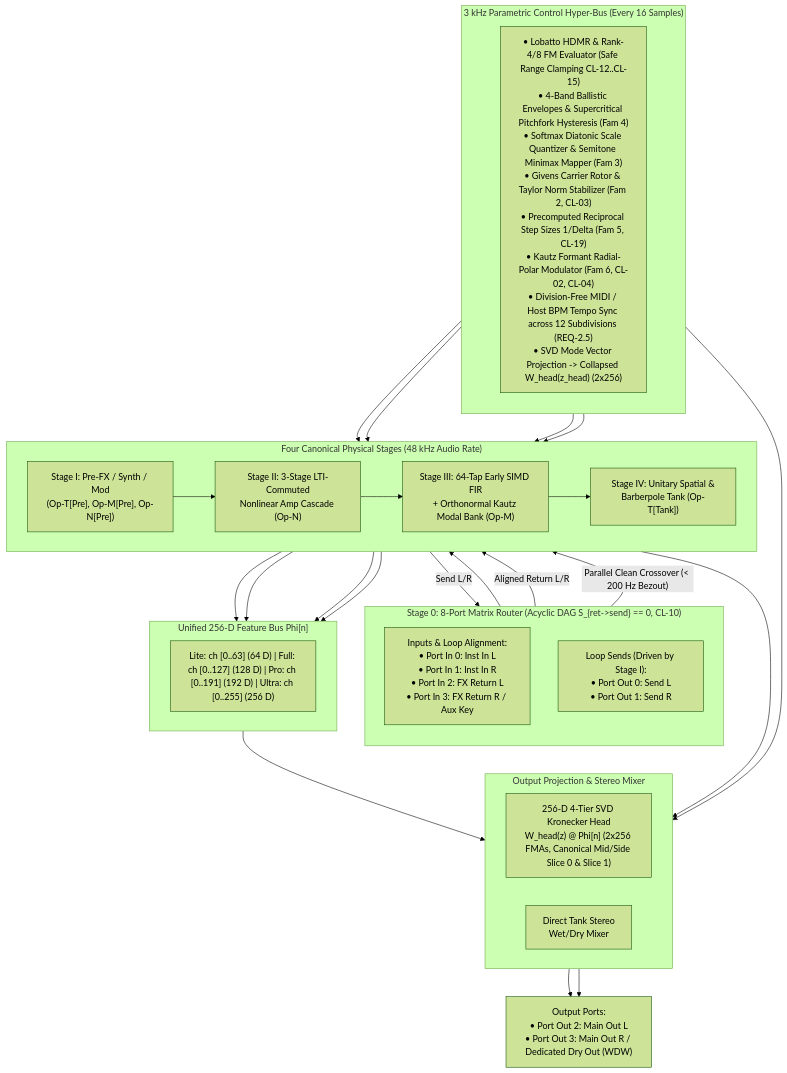
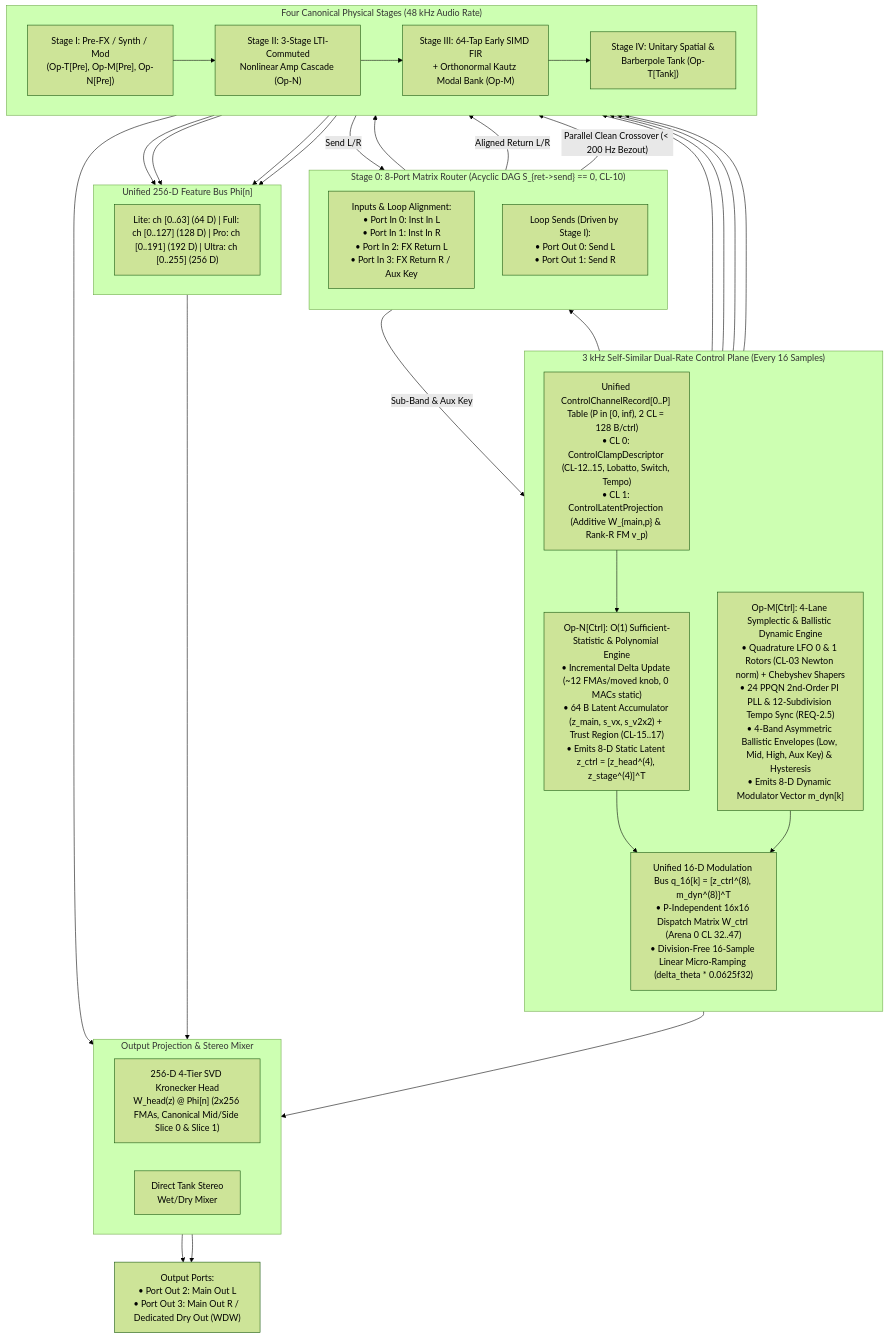
Before and after one commit to dnam-project/dnam: the second of 16 diagrams in docs/overview/u_pra_architecture.md, drawn with Mermaid (forest theme). The commit also changed other lines of this file, not shown here.

Commit message:
docs(spec): specify U-PRA self-similar control plane, O(1) unlimited-P control table, and REQ-8 mapping

````diff
--- a/docs/overview/u_pra_architecture.md
+++ b/docs/overview/u_pra_architecture.md
@@ -67,47 +76,53 @@
 ```mermaid
 flowchart TD
-    subgraph HyperBus ["3 kHz Parametric Control Hyper-Bus (Every 16 Samples)"]
+    subgraph CtrlPlane ["3 kHz Self-Similar Dual-Rate Control Plane (Every 16 Samples)"]
         direction TB
-        HB1["• Lobatto HDMR & Rank-4/8 FM Evaluator (Safe Range Clamping CL-12..CL-15)<br/>• 4-Band Ballistic Envelopes & Supercritical Pitchfork Hysteresis (Fam 4)<br/>• Softmax Diatonic Scale Quantizer & Semitone Minimax Mapper (Fam 3)<br/>• Givens Carrier Rotor & Taylor Norm Stabilizer (Fam 2, CL-03)<br/>• Precomputed Reciprocal Step Sizes 1/Delta (Fam 5, CL-19)<br/>• Kautz Formant Radial-Polar Modulator (Fam 6, CL-02, CL-04)<br/>• Division-Free MIDI / Host BPM Tempo Sync across 12 Subdivisions (REQ-2.5)<br/>• SVD Mode Vector Projection -> Collapsed W_head(z_head) (2x256)"]
+        CtrlTable["Unified ControlChannelRecord[0..P] Table (P in [0, inf), 2 CL = 128 B/ctrl)<br/>• CL 0: ControlClampDescriptor (CL-12..15, Lobatto, Switch, Tempo)<br/>• CL 1: ControlLatentProjection (Additive W_{main,p} & Rank-R FM v_p)"]
+        OpNCtrl["Op-N[Ctrl]: O(1) Sufficient-Statistic & Polynomial Engine<br/>• Incremental Delta Update (~12 FMAs/moved knob, 0 MACs static)<br/>• 64 B Latent Accumulator (z_main, s_vx, s_v2x2) + Trust Region (CL-15..17)<br/>• Emits 8-D Static Latent z_ctrl = [z_head^(4), z_stage^(4)]^T"]
+        OpMCtrl["Op-M[Ctrl]: 4-Lane Symplectic & Ballistic Dynamic Engine<br/>• Quadrature LFO 0 & 1 Rotors (CL-03 Newton norm) + Chebyshev Shapers<br/>• 24 PPQN 2nd-Order PI PLL & 12-Subdivision Tempo Sync (REQ-2.5)<br/>• 4-Band Asymmetric Ballistic Envelopes (Low, Mid, High, Aux Key) & Hysteresis<br/>• Emits 8-D Dynamic Modulator Vector m_dyn[k]"]
+        ModBus["Unified 16-D Modulation Bus q_16[k] = [z_ctrl^(8), m_dyn^(8)]^T<br/>• P-Independent 16x16 Dispatch Matrix W_ctrl (Arena 0 CL 32..47)<br/>• Division-Free 16-Sample Linear Micro-Ramping (delta_theta * 0.0625f32)"]
+        CtrlTable --> OpNCtrl
+        OpNCtrl & OpMCtrl --> ModBus
     end
 
     subgraph Router ["Stage 0: 8-Port Matrix Router (Acyclic DAG S_{ret->send} == 0, CL-10)"]
         direction TB
         RIn["Inputs & Loop Alignment:<br/>• Port In 0: Inst In L<br/>• Port In 1: Inst In R<br/>• Port In 2: FX Return L<br/>• Port In 3: FX Return R / Aux Key"]
         ROut["Loop Sends (Driven by Stage I):<br/>• Port Out 0: Send L<br/>• Port Out 1: Send R"]
     end
 
     subgraph Stages ["Four Canonical Physical Stages (48 kHz Audio Rate)"]
         direction LR
         S1["Stage I: Pre-FX / Synth / Mod<br/>(Op-T[Pre], Op-M[Pre], Op-N[Pre])"]
         S2["Stage II: 3-Stage LTI-Commuted<br/>Nonlinear Amp Cascade (Op-N)"]
         S3["Stage III: 64-Tap Early SIMD FIR<br/>+ Orthonormal Kautz Modal Bank (Op-M)"]
         S4["Stage IV: Unitary Spatial &<br/>Barberpole Tank (Op-T[Tank])"]
         S1 --> S2 --> S3 --> S4
     end
 
     RIn --> S1
     S1 -->|"Send L/R"| ROut
     RIn -->|"Aligned Return L/R"| S2
     RIn -->|"Parallel Clean Crossover (< 200 Hz Bezout)"| S3
+    RIn -->|"Sub-Band & Aux Key"| OpMCtrl
 
-    HB1 --> S1 & S2 & S3 & S4
+    ModBus --> Router & S1 & S2 & S3 & S4
 
     subgraph FeatBus ["Unified 256-D Feature Bus Phi[n]"]
         direction LR
         FB["Lite: ch [0..63] (64 D) | Full: ch [0..127] (128 D) | Pro: ch [0..191] (192 D) | Ultra: ch [0..255] (256 D)"]
     end
 
     S1 & S2 & S3 & S4 --> FB
 
     subgraph MixHead ["Output Projection & Stereo Mixer"]
         direction LR
         KHead["256-D 4-Tier SVD Kronecker Head<br/>W_head(z) @ Phi[n] (2x256 FMAs, Canonical Mid/Side Slice 0 & Slice 1)"]
         TankMix["Direct Tank Stereo<br/>Wet/Dry Mixer"]
     end
 
     FB --> KHead
     S4 --> TankMix
-    HB1 --> KHead
+    ModBus --> KHead
     KHead & TankMix --> MainOut["Output Ports:<br/>• Port Out 2: Main Out L<br/>• Port Out 3: Main Out R / Dedicated Dry Out (WDW)"]
 ```
````
